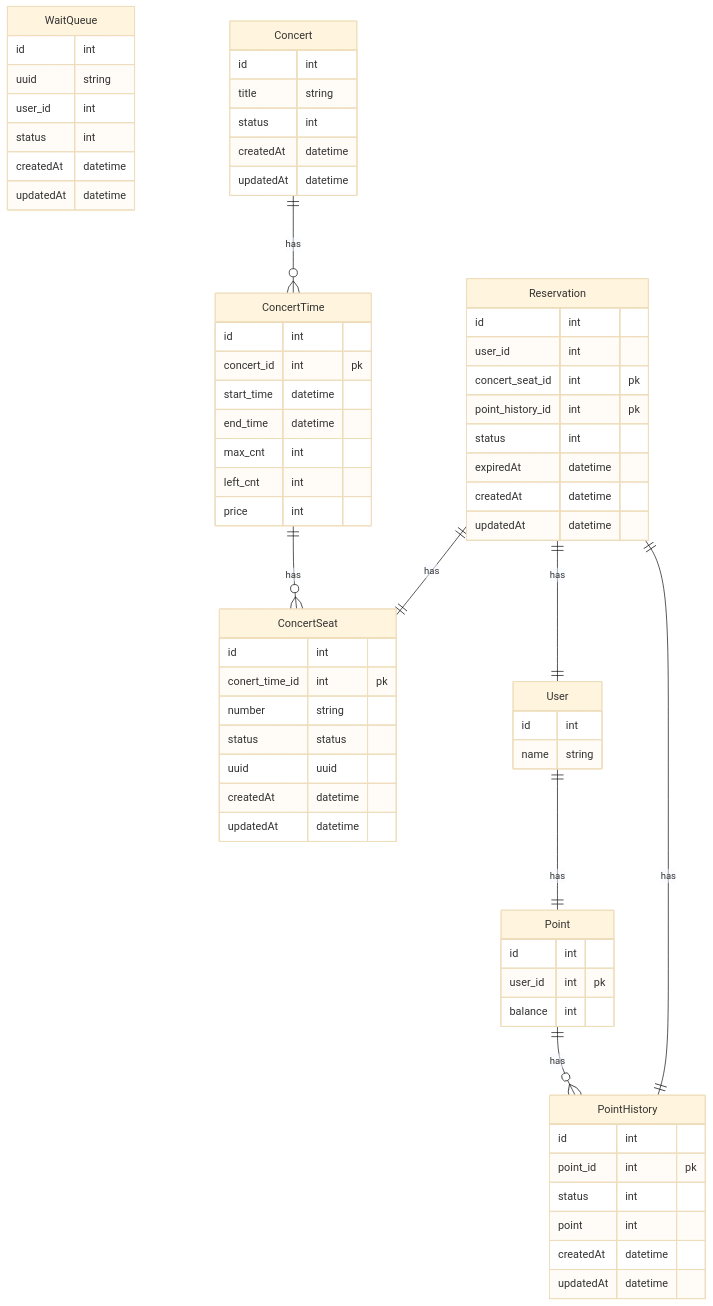
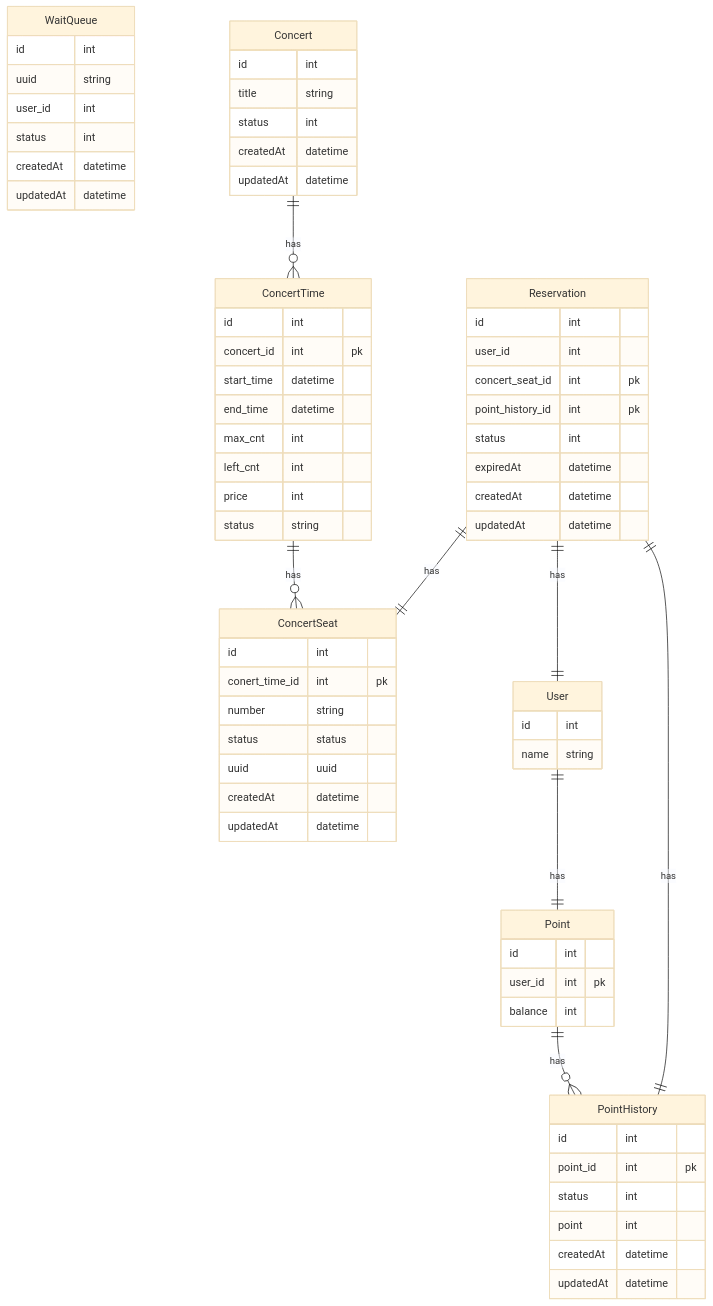
The diagram in docs/ERD.md (CureLatte/hhplus-concert-server-java), drawn with Mermaid (base theme) before and after one commit. The commit also changed 6 other files, not shown here.

```diff
--- a/docs/ERD.md
+++ b/docs/ERD.md
@@ -54,6 +54,7 @@
         max_cnt int
         left_cnt int 
         price int 
+        status string
         
     }
     ConcertTime ||--o{ ConcertSeat: has
```
